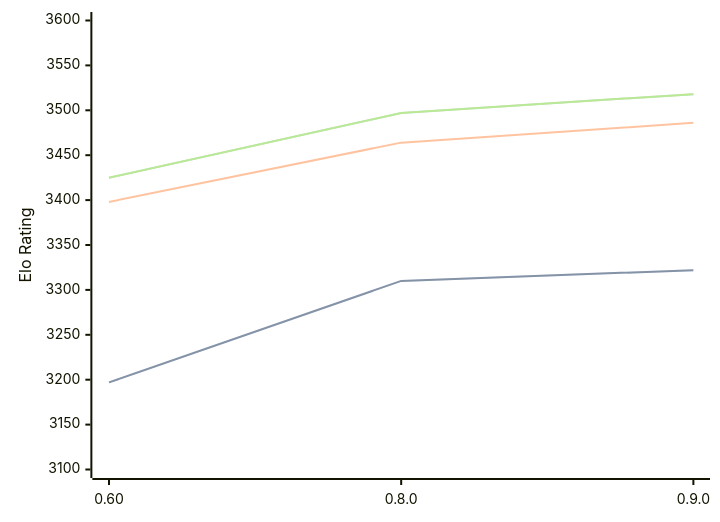
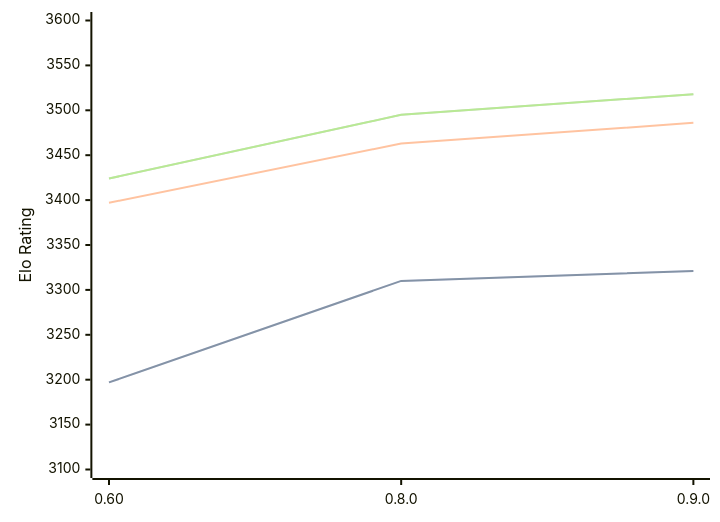
Before and after one commit to computer-chess-index/cci: the diagram in engines/Motor.md, drawn with Mermaid. The commit also changed other lines of this file, not shown here.

Commit message:
Update CCI Ratings (ELO VLTC) - 2026-06-07

````diff
--- a/engines/Motor.md
+++ b/engines/Motor.md
@@ -39,11 +39,11 @@
 ```mermaid
 %%{init: {"theme":"base","themeVariables":{"seriesColors:['#a3a3a3','#222221','#faa371']}}}%%
 xychart-beta
   x-axis ["0.60", "0.8.0", "0.9.0"]
   y-axis "Elo Rating" 3100 --> 3600
-  line "STC (8.0+0.08s)" [3197, 3310, 3322]
-  line "STC (8.0+0.08s)" [3197, 3310, 3322]
-  line "LTC (60.0+0.60s)" [3398, 3464, 3486]
-  line "VLTC (2m24s+1.12s)" [3425, 3497, 3518]
-  line "VLTC (2m24s+1.12s)" [3425, 3497, 3518]
+  line "STC (8.0+0.08s)" [3197, 3310, 3321]
+  line "STC (8.0+0.08s)" [3197, 3310, 3321]
+  line "LTC (60.0+0.60s)" [3397, 3463, 3486]
+  line "VLTC (2m24s+1.12s)" [3424, 3495, 3518]
+  line "VLTC (2m24s+1.12s)" [3424, 3495, 3518]
 ```
````
